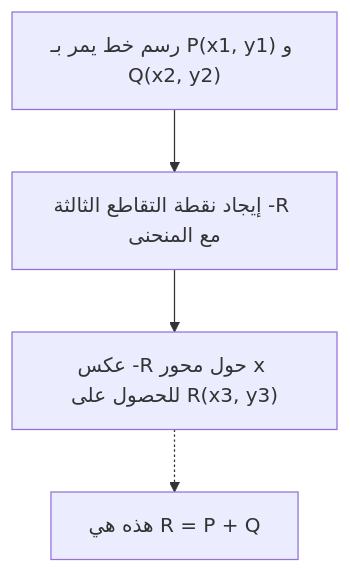
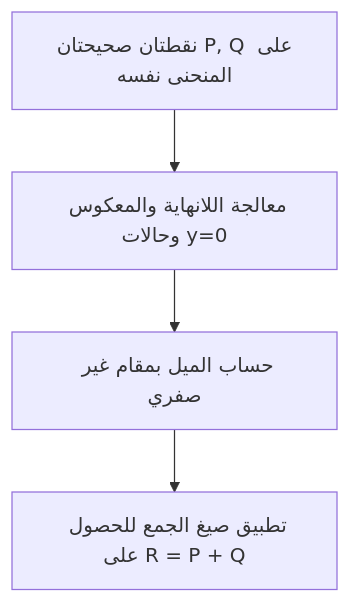
The first of 3 diagrams in content/post/楕円曲線暗号の数学的基礎とcppでの実装/index.ar.md (kenjinote/blog), drawn with Mermaid before and after one commit. The commit also changed other lines of this file and 6 other files, not shown here.

````diff
--- a/content/post/楕円曲線暗号の数学的基礎とcppでの実装/index.ar.md
+++ b/content/post/楕円曲線暗号の数学的基礎とcppでの実装/index.ar.md
@@ -112,6 +81,6 @@
 ```mermaid
 graph TD
-    Step1["رسم خط يمر بـ P(x1, y1) و Q(x2, y2)"] --> Step2["إيجاد نقطة التقاطع الثالثة -R مع المنحنى"]
-    Step2 --> Step3["عكس -R حول محور x للحصول على R(x3, y3)"]
-    Step3 -.-> Result["هذه هي R = P + Q"]
+    A["نقطتان صحيحتان P, Q على المنحنى نفسه"] --> B["معالجة اللانهاية والمعكوس وحالات y=0"]
+    B --> C["حساب الميل بمقام غير صفري"]
+    C --> D["تطبيق صيغ الجمع للحصول على R = P + Q"]
 ```
````
